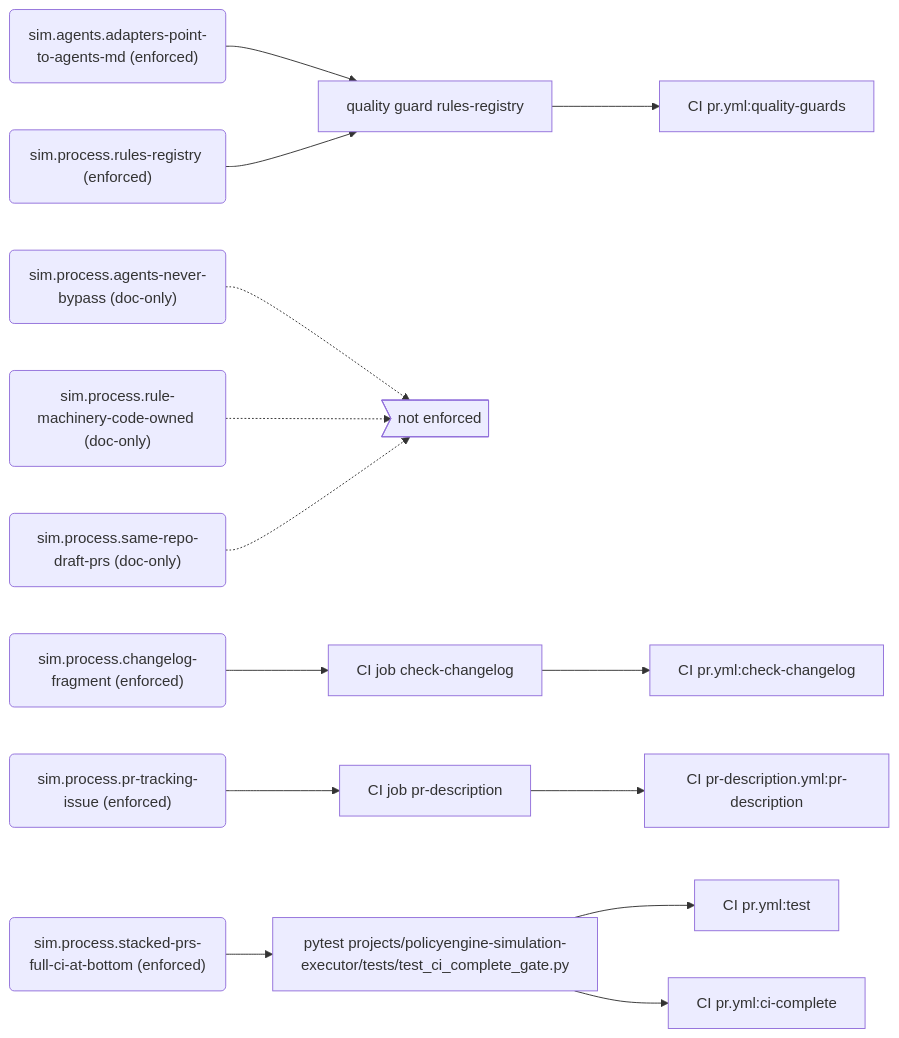
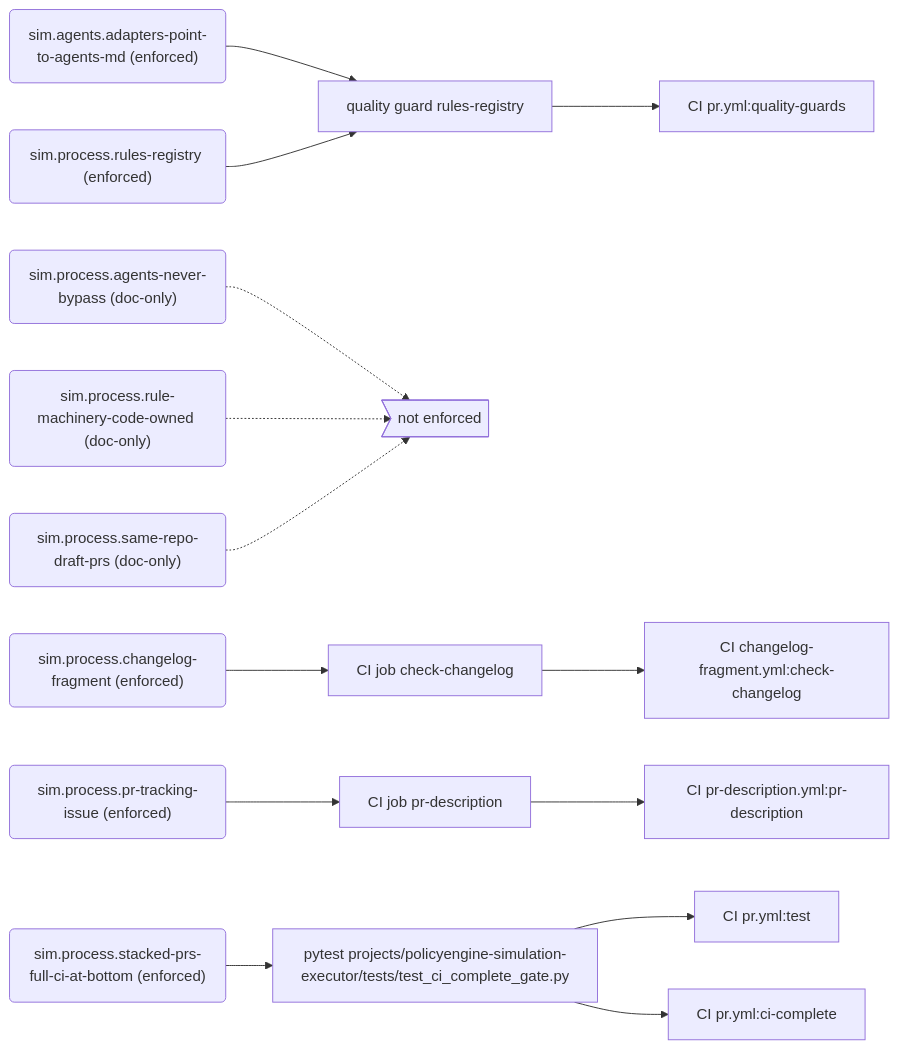
The tenth of 10 diagrams in docs/generated/rules.md (PolicyEngine/policyengine-sim-api), drawn with Mermaid before and after one commit. The commit also changed other lines of this file and 9 other files, not shown here.

````diff
--- a/docs/generated/rules.md
+++ b/docs/generated/rules.md
@@ -474,34 +474,34 @@
 ```mermaid
 flowchart LR
   r_sim_agents_adapters_point_to_agents_md("sim.agents.adapters-point-to-agents-md (enforced)")
   e_quality_guard_rules_registry["quality guard rules-registry"]
   j_CI_pr_yml_quality_guards["CI pr.yml:quality-guards"]
   r_sim_process_agents_never_bypass("sim.process.agents-never-bypass (doc-only)")
   gap_unenforced>"not enforced"]
   r_sim_process_changelog_fragment("sim.process.changelog-fragment (enforced)")
   e_CI_job_check_changelog["CI job check-changelog"]
-  j_CI_pr_yml_check_changelog["CI pr.yml:check-changelog"]
+  j_CI_changelog_fragment_yml_check_changelog["CI changelog-fragment.yml:check-changelog"]
   r_sim_process_pr_tracking_issue("sim.process.pr-tracking-issue (enforced)")
   e_CI_job_pr_description["CI job pr-description"]
   j_CI_pr_description_yml_pr_description["CI pr-description.yml:pr-description"]
   r_sim_process_rule_machinery_code_owned("sim.process.rule-machinery-code-owned (doc-only)")
   r_sim_process_rules_registry("sim.process.rules-registry (enforced)")
   r_sim_process_same_repo_draft_prs("sim.process.same-repo-draft-prs (doc-only)")
   r_sim_process_stacked_prs_full_ci_at_bottom("sim.process.stacked-prs-full-ci-at-bottom (enforced)")
   e_pytest_projects_policyengine_simulation_executor_tests_test_ci_complete_gate_py["pytest projects/policyengine-simulation-executor/tests/test_ci_complete_gate.py"]
   j_CI_pr_yml_test["CI pr.yml:test"]
   j_CI_pr_yml_ci_complete["CI pr.yml:ci-complete"]
   r_sim_agents_adapters_point_to_agents_md --> e_quality_guard_rules_registry
   e_quality_guard_rules_registry --> j_CI_pr_yml_quality_guards
   r_sim_process_agents_never_bypass -.-> gap_unenforced
   r_sim_process_changelog_fragment --> e_CI_job_check_changelog
-  e_CI_job_check_changelog --> j_CI_pr_yml_check_changelog
+  e_CI_job_check_changelog --> j_CI_changelog_fragment_yml_check_changelog
   r_sim_process_pr_tracking_issue --> e_CI_job_pr_description
   e_CI_job_pr_description --> j_CI_pr_description_yml_pr_description
   r_sim_process_rule_machinery_code_owned -.-> gap_unenforced
   r_sim_process_rules_registry --> e_quality_guard_rules_registry
   r_sim_process_same_repo_draft_prs -.-> gap_unenforced
   r_sim_process_stacked_prs_full_ci_at_bottom --> e_pytest_projects_policyengine_simulation_executor_tests_test_ci_complete_gate_py
   e_pytest_projects_policyengine_simulation_executor_tests_test_ci_complete_gate_py --> j_CI_pr_yml_test
   e_pytest_projects_policyengine_simulation_executor_tests_test_ci_complete_gate_py --> j_CI_pr_yml_ci_complete
 ```
````
